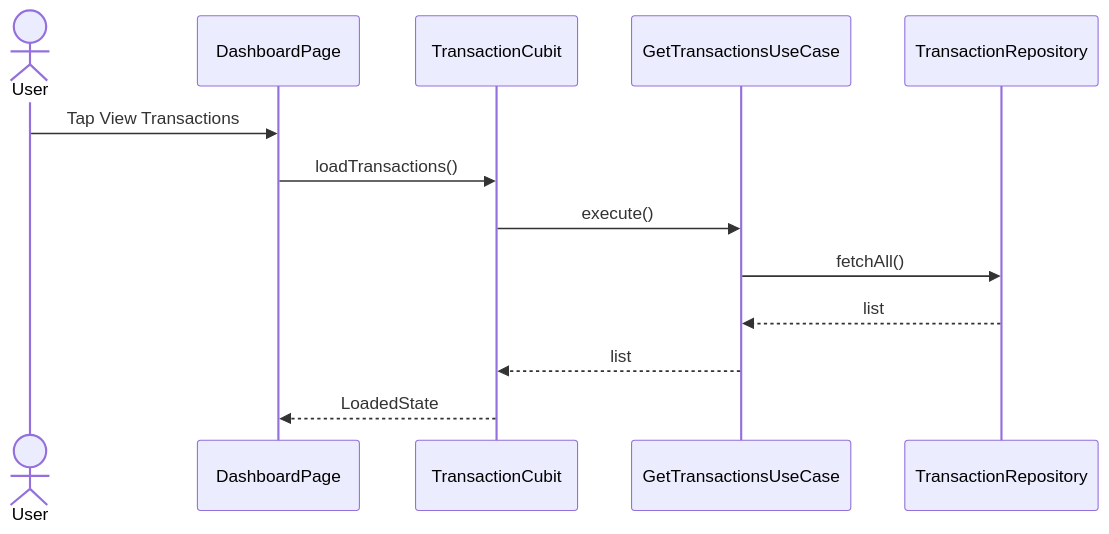
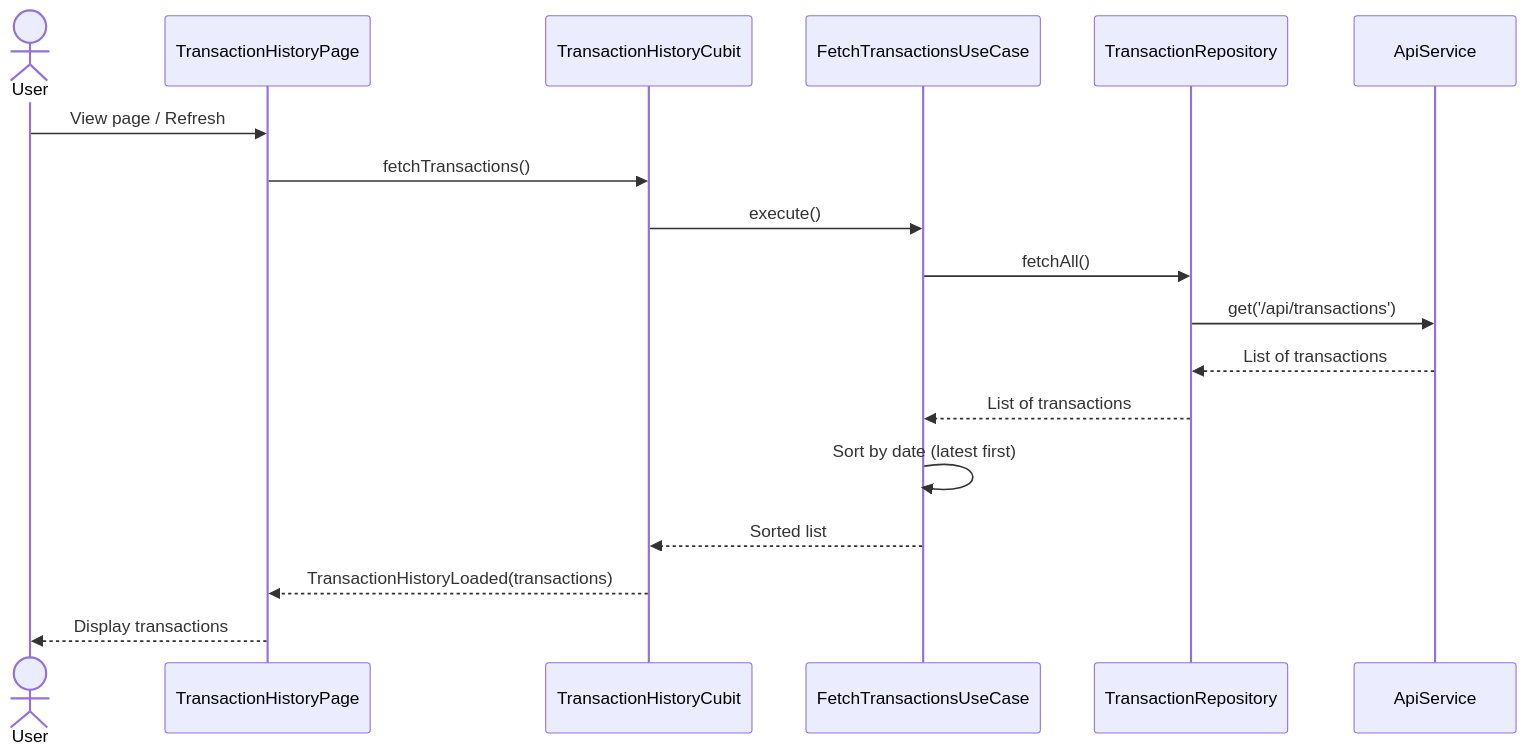
One commit to kngrnr/send-money-app changed the diagram in docs/sequences/view-transactions-sequence.md. Above: the diagram before and after it, drawn with Mermaid. The commit also changed 5 other files, not shown here.

````diff
--- a/docs/sequences/view-transactions-sequence.md
+++ b/docs/sequences/view-transactions-sequence.md
@@ -1,16 +1,21 @@
 ```mermaid
 sequenceDiagram
     actor User
-    participant DashboardPage
-    participant TransactionCubit
-    participant GetTransactionsUseCase
+    participant TransactionHistoryPage
+    participant TransactionHistoryCubit
+    participant FetchTransactionsUseCase
     participant TransactionRepository
+    participant ApiService
 
-    User ->> DashboardPage: Tap View Transactions
-    DashboardPage ->> TransactionCubit: loadTransactions()
-    TransactionCubit ->> GetTransactionsUseCase: execute()
-    GetTransactionsUseCase ->> TransactionRepository: fetchAll()
-    TransactionRepository -->> GetTransactionsUseCase: list
-    GetTransactionsUseCase -->> TransactionCubit: list
-    TransactionCubit -->> DashboardPage: LoadedState
+    User ->> TransactionHistoryPage: View page / Refresh
+    TransactionHistoryPage ->> TransactionHistoryCubit: fetchTransactions()
+    TransactionHistoryCubit ->> FetchTransactionsUseCase: execute()
+    FetchTransactionsUseCase ->> TransactionRepository: fetchAll()
+    TransactionRepository ->> ApiService: get('/api/transactions')
+    ApiService -->> TransactionRepository: List of transactions
+    TransactionRepository -->> FetchTransactionsUseCase: List of transactions
+    FetchTransactionsUseCase ->> FetchTransactionsUseCase: Sort by date (latest first)
+    FetchTransactionsUseCase -->> TransactionHistoryCubit: Sorted list
+    TransactionHistoryCubit -->> TransactionHistoryPage: TransactionHistoryLoaded(transactions)
+    TransactionHistoryPage -->> User: Display transactions
 ```
````
